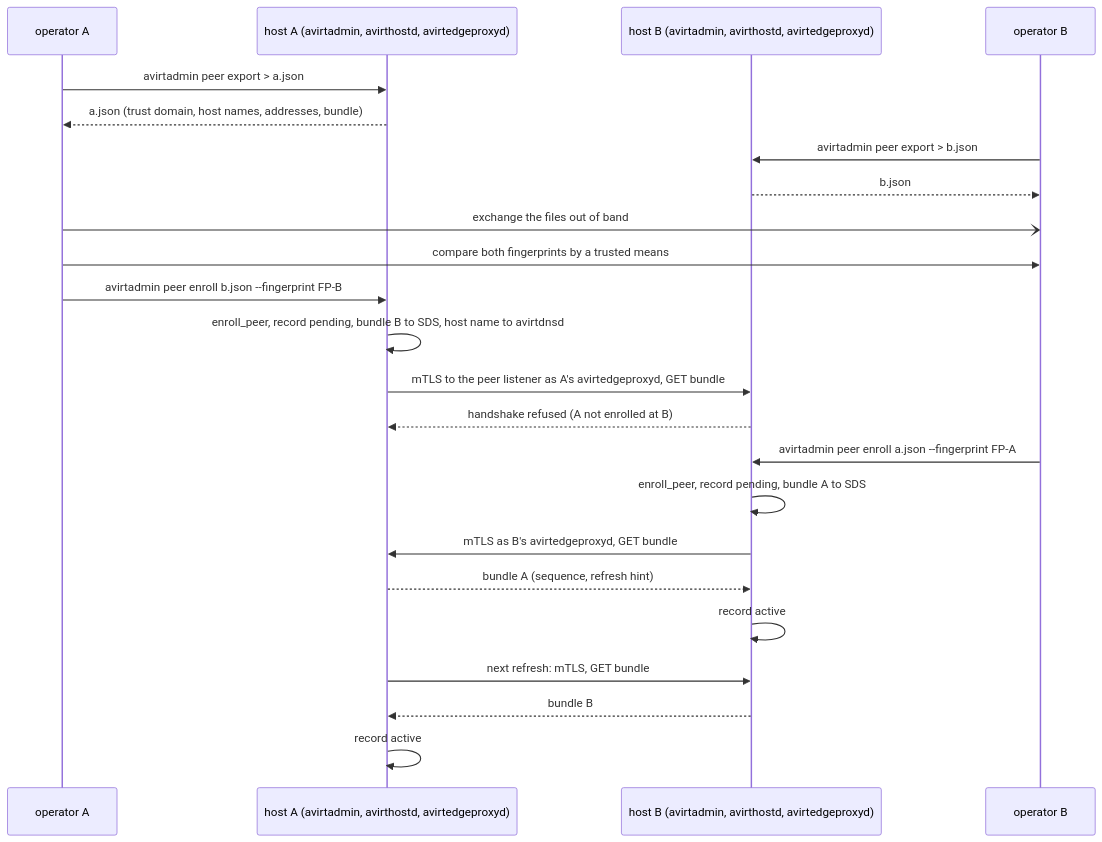
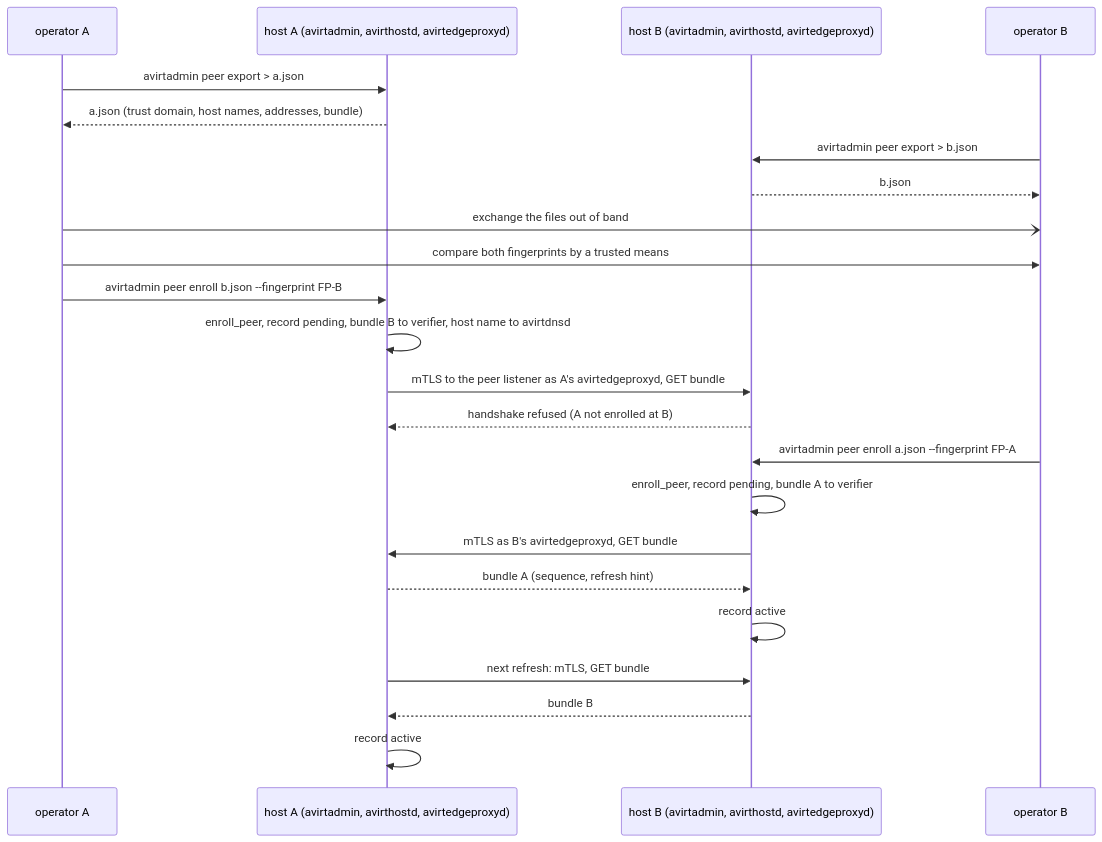
The first of 2 diagrams in docs/peering.md (tbhb-dev/avirt), drawn with Mermaid before and after one commit. The commit also changed other lines of this file and 116 other files, not shown here.

````diff
--- a/docs/peering.md
+++ b/docs/peering.md
@@ -65,25 +65,25 @@
 ```mermaid
 sequenceDiagram
     participant OA as operator A
     participant A as host A (avirtadmin, avirthostd, avirtedgeproxyd)
     participant B as host B (avirtadmin, avirthostd, avirtedgeproxyd)
     participant OB as operator B
     OA->>A: avirtadmin peer export > a.json
     A-->>OA: a.json (trust domain, host names, addresses, bundle)
     OB->>B: avirtadmin peer export > b.json
     B-->>OB: b.json
     OA-)OB: exchange the files out of band
     OA->>OB: compare both fingerprints by a trusted means
     OA->>A: avirtadmin peer enroll b.json --fingerprint FP-B
-    A->>A: enroll_peer, record pending, bundle B to SDS, host name to avirtdnsd
+    A->>A: enroll_peer, record pending, bundle B to verifier, host name to avirtdnsd
     A->>B: mTLS to the peer listener as A's avirtedgeproxyd, GET bundle
     B-->>A: handshake refused (A not enrolled at B)
     OB->>B: avirtadmin peer enroll a.json --fingerprint FP-A
-    B->>B: enroll_peer, record pending, bundle A to SDS
+    B->>B: enroll_peer, record pending, bundle A to verifier
     B->>A: mTLS as B's avirtedgeproxyd, GET bundle
     A-->>B: bundle A (sequence, refresh hint)
     B->>B: record active
     A->>B: next refresh: mTLS, GET bundle
     B-->>A: bundle B
     A->>A: record active
 ```
````
